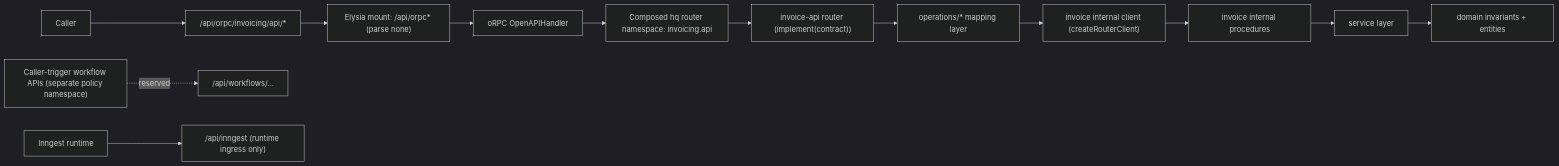
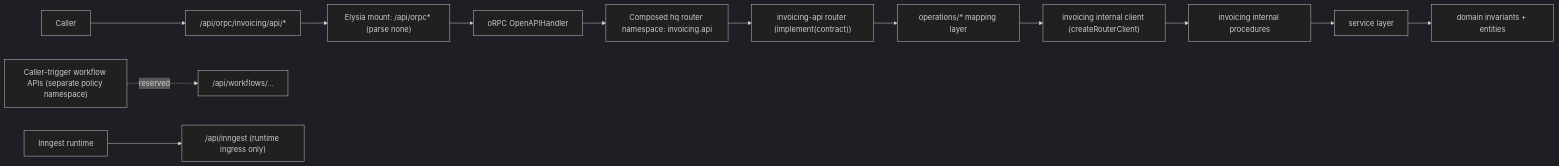
The diagram in docs/projects/flat-runtime-session-review/orpc-ingest-spec-packet/examples/E2E_01_BASIC_PACKAGE_PLUS_API_BOUNDARY.md (rawr-ai/rawr-hq-template), drawn with Mermaid (dark theme) before and after one commit. The commit also changed other lines of this file and 1 other file, not shown here.

Commit message:
docs: align basic e2e naming and typebox domain schemas

````diff
--- a/docs/projects/flat-runtime-session-review/orpc-ingest-spec-packet/examples/E2E_01_BASIC_PACKAGE_PLUS_API_BOUNDARY.md
+++ b/docs/projects/flat-runtime-session-review/orpc-ingest-spec-packet/examples/E2E_01_BASIC_PACKAGE_PLUS_API_BOUNDARY.md
@@ -38,16 +38,16 @@
 ```mermaid
 flowchart LR
   C["Caller"] --> OR["/api/orpc/invoicing/api/*"]
   OR --> EH["Elysia mount: /api/orpc* (parse none)"]
   EH --> OAH["oRPC OpenAPIHandler"]
   OAH --> HQ["Composed hq router namespace: invoicing.api"]
-  HQ --> APIR["invoice-api router (implement(contract))"]
+  HQ --> APIR["invoicing-api router (implement(contract))"]
   APIR --> OPS["operations/* mapping layer"]
-  OPS --> ICL["invoice internal client (createRouterClient)"]
-  ICL --> PR["invoice internal procedures"]
+  OPS --> ICL["invoicing internal client (createRouterClient)"]
+  ICL --> PR["invoicing internal procedures"]
   PR --> SV["service layer"]
   SV --> DM["domain invariants + entities"]
 
   W["Caller-trigger workflow APIs (separate policy namespace)"] -. reserved .-> WF["/api/workflows/..."]
   ING["Inngest runtime"] --> INGM["/api/inngest (runtime ingress only)"]
 ```
````
